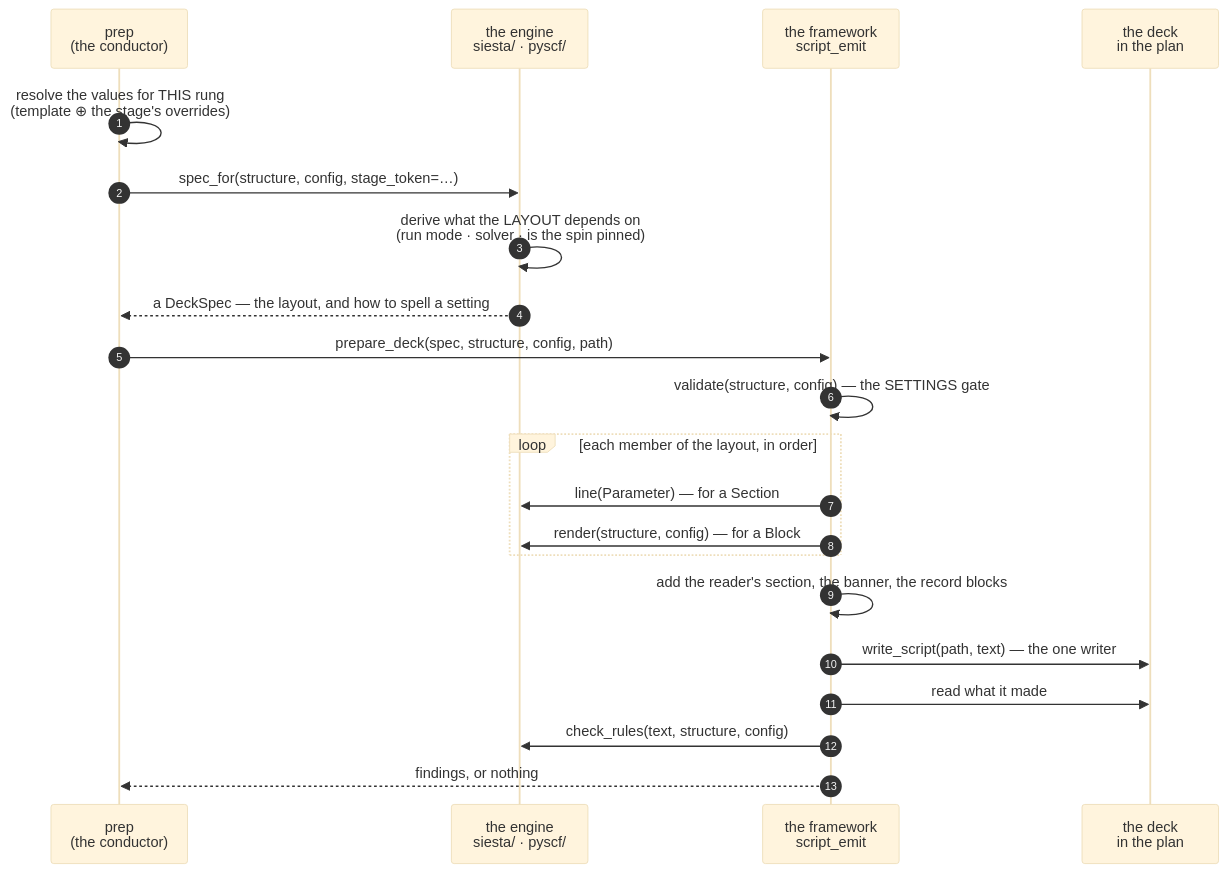
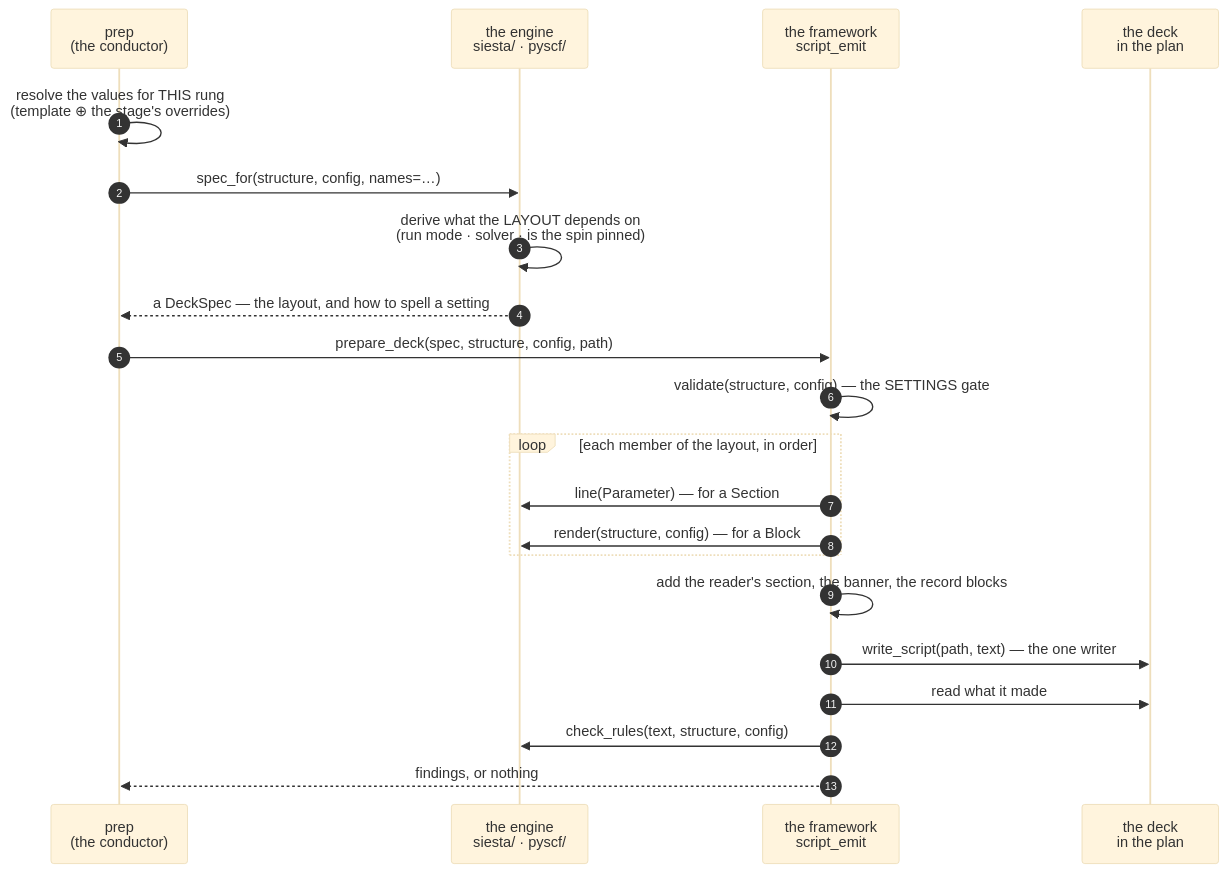
Before and after one commit to Qing-LAB/molbuilder: the fifth of 7 diagrams in docs/execution/script-preparation.md, drawn with Mermaid (base theme). The commit also changed other lines of this file and 745 other files, not shown here.

````diff
--- a/docs/execution/script-preparation.md
+++ b/docs/execution/script-preparation.md
@@ -715,24 +715,24 @@
 ```mermaid
 sequenceDiagram
     autonumber
     participant C as prep<br/>(the conductor)
     participant E as the engine<br/>siesta/ · pyscf/
     participant F as the framework<br/>script_emit
     participant D as the deck<br/>in the plan
 
     C->>C: resolve the values for THIS rung<br/>(template ⊕ the stage's overrides)
-    C->>E: spec_for(structure, config, stage_token=…)
+    C->>E: spec_for(structure, config, names=…)
     E->>E: derive what the LAYOUT depends on<br/>(run mode · solver · is the spin pinned)
     E-->>C: a DeckSpec — the layout, and how to spell a setting
     C->>F: prepare_deck(spec, structure, config, path)
     F->>F: validate(structure, config) — the SETTINGS gate
     loop each member of the layout, in order
         F->>E: line(Parameter) — for a Section
         F->>E: render(structure, config) — for a Block
     end
     F->>F: add the reader's section, the banner, the record blocks
     F->>D: write_script(path, text) — the one writer
     F->>D: read what it made
     F->>E: check_rules(text, structure, config)
     F-->>C: findings, or nothing
 ```
````
